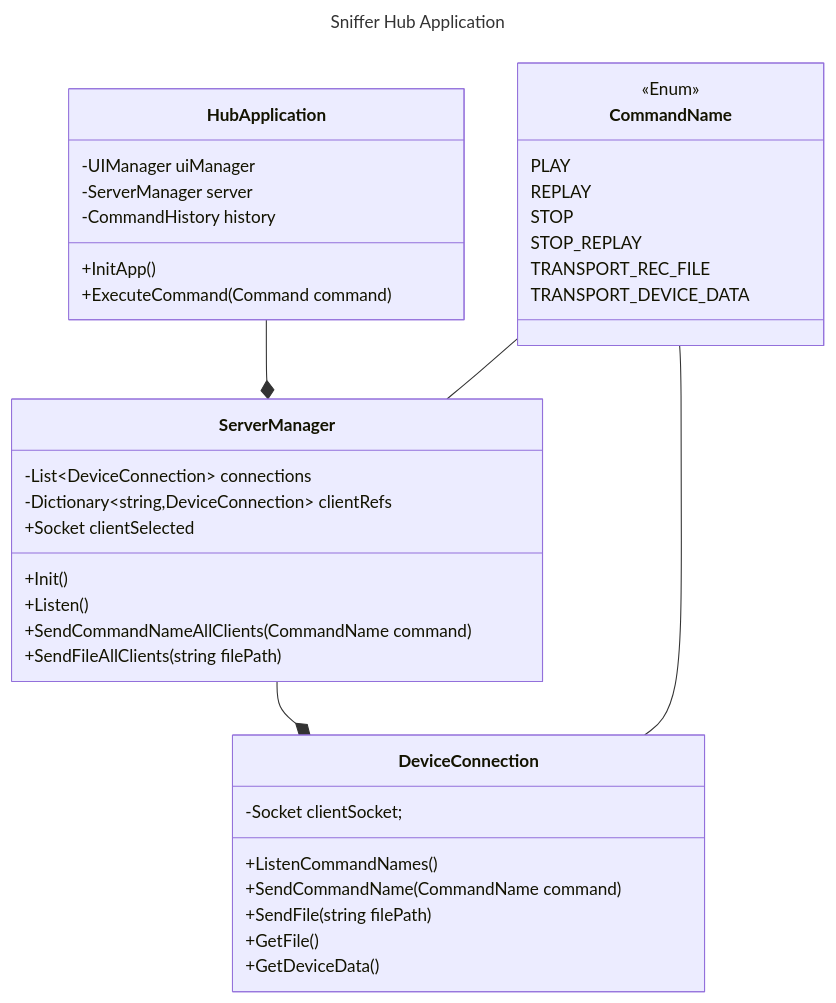
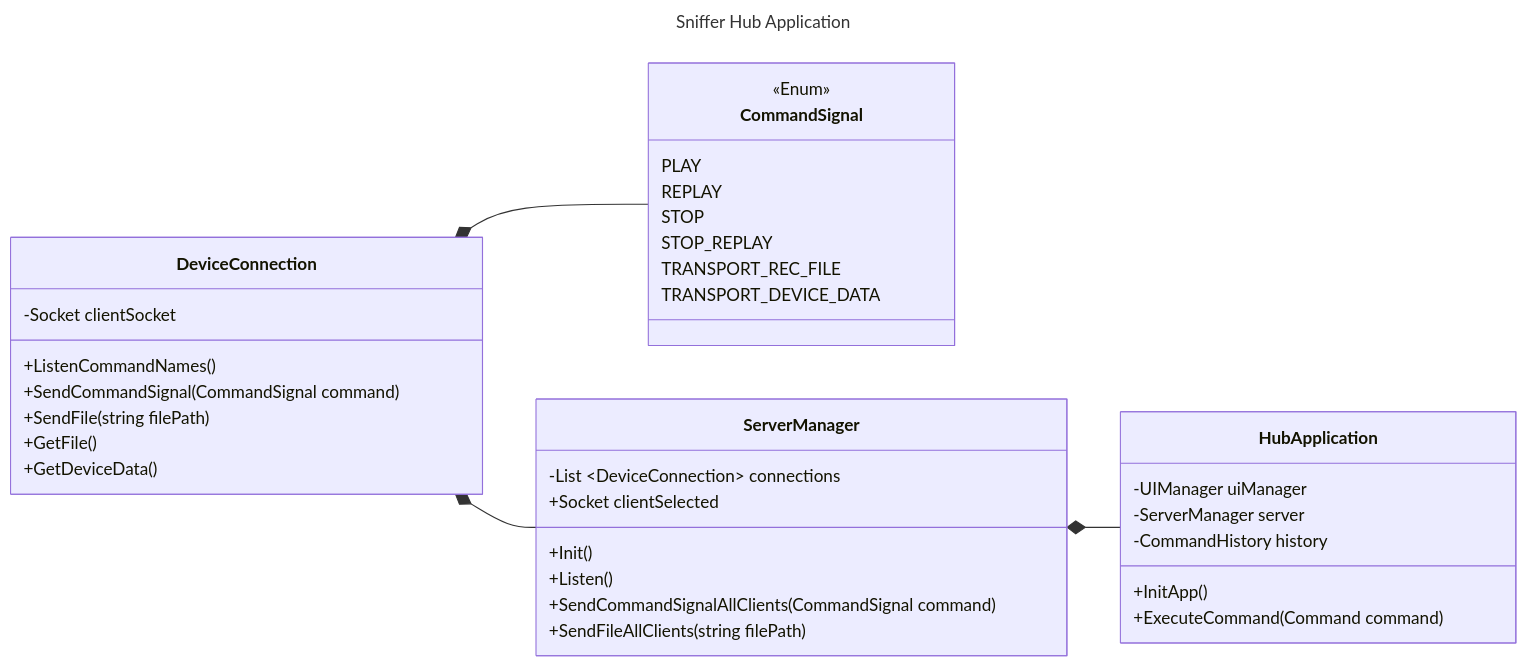
Before and after one commit to cmcm21/QAUnityTool: the first of 3 diagrams in sniffer_vault/Architecture/Sniffer Hub.md, drawn with Mermaid. The commit also changed other lines of this file and 9 other files, not shown here.

````diff
--- a/sniffer_vault/Architecture/Sniffer Hub.md
+++ b/sniffer_vault/Architecture/Sniffer Hub.md
@@ -1,51 +1,52 @@
 ```mermaid 
 ---
 title: Sniffer Hub Application
 ---
+
 classDiagram
-direction BT
+direction LR
 class HubApplication {
 	-UIManager uiManager
 	-ServerManager server
 	-CommandHistory history
 	 
 	+InitApp()
 	+ExecuteCommand(Command command) 
 }
 
-class CommandName{
+class CommandSignal{
 <<Enum>>
 	PLAY
 	REPLAY
 	STOP
 	STOP_REPLAY
 	TRANSPORT_REC_FILE
 	TRANSPORT_DEVICE_DATA	
 }
 
 class ServerManager{
-	-List~DeviceConnection~ connections
-	-Dictionary~string,DeviceConnection~ clientRefs
+	-List ~DeviceConnection~ connections
 	+Socket clientSelected
  
 	+Init()
 	+Listen()
-	+SendCommandNameAllClients(CommandName command)
+	+SendCommandSignalAllClients(CommandSignal command)
 	+SendFileAllClients(string filePath) 
 } 
 
 class DeviceConnection{
-	-Socket clientSocket;
+	-Socket clientSocket
 	
 	+ListenCommandNames()
-	+SendCommandName(CommandName command)
+	+SendCommandSignal(CommandSignal command)
 	+SendFile(string filePath) 
 	+GetFile()
 	+GetDeviceData()
 }
 
 ServerManager*--HubApplication
 DeviceConnection*--ServerManager
-DeviceConnection--CommandName
-ServerManager--CommandName
+DeviceConnection*--CommandSignal
+
+
 ```
````
